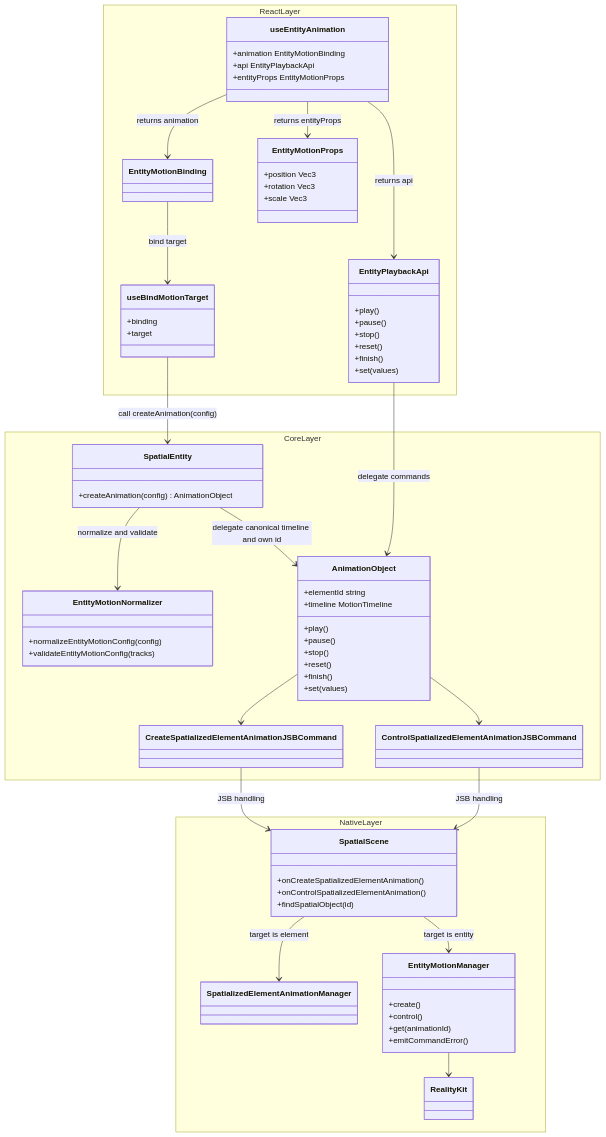
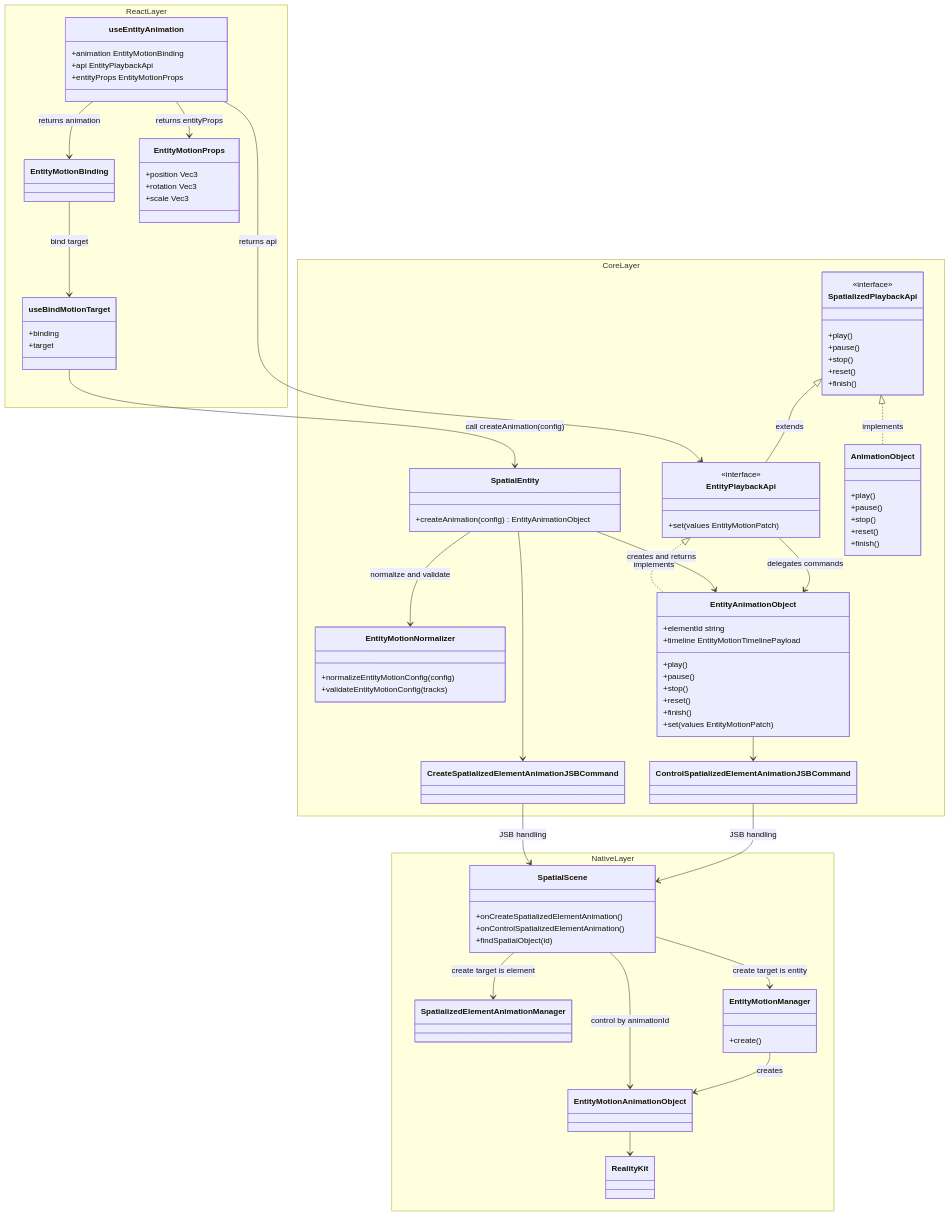
One commit to webspatial/webspatial-sdk changed the second of 14 diagrams in openspec/changes/redesign-entity-motion-api/design.md. Above: the diagram before and after it, drawn with Mermaid. The commit also changed other lines of this file and 1 other file, not shown here.

````diff
--- a/openspec/changes/redesign-entity-motion-api/design.md
+++ b/openspec/changes/redesign-entity-motion-api/design.md
@@ -179,14 +189,6 @@
             +animation EntityMotionBinding
             +api EntityPlaybackApi
             +entityProps EntityMotionProps
-        }
-        class EntityPlaybackApi {
-            +play()
-            +pause()
-            +stop()
-            +reset()
-            +finish()
-            +set(values)
         }
         class EntityMotionBinding
         class EntityMotionProps {
@@ -201,21 +203,40 @@
     }
     namespace CoreLayer {
         class SpatialEntity {
-            +createAnimation(config) AnimationObject
+            +createAnimation(config) EntityAnimationObject
         }
         class EntityMotionNormalizer {
             +normalizeEntityMotionConfig(config)
             +validateEntityMotionConfig(tracks)
         }
-        class AnimationObject {
-            +elementId string
-            +timeline MotionTimeline
+        class SpatializedPlaybackApi {
+            <<interface>>
             +play()
             +pause()
             +stop()
             +reset()
             +finish()
-            +set(values)
+        }
+        class EntityPlaybackApi {
+            <<interface>>
+            +set(values EntityMotionPatch)
+        }
+        class AnimationObject {
+            +play()
+            +pause()
+            +stop()
+            +reset()
+            +finish()
+        }
+        class EntityAnimationObject {
+            +elementId string
+            +timeline EntityMotionTimelinePayload
+            +play()
+            +pause()
+            +stop()
+            +reset()
+            +finish()
+            +set(values EntityMotionPatch)
         }
         class CreateSpatializedElementAnimationJSBCommand
         class ControlSpatializedElementAnimationJSBCommand
@@ -229,10 +250,8 @@
         class SpatializedElementAnimationManager
         class EntityMotionManager {
             +create()
-            +control()
-            +get(animationId)
-            +emitCommandError()
         }
+        class EntityMotionAnimationObject
         class RealityKit
     }
     useEntityAnimation --> EntityMotionBinding : returns animation
@@ -241,13 +260,18 @@
     EntityMotionBinding --> useBindMotionTarget : bind target
     useBindMotionTarget --> SpatialEntity : call createAnimation(config)
     SpatialEntity --> EntityMotionNormalizer : normalize and validate
-    SpatialEntity --> AnimationObject : delegate canonical timeline and own id
-    EntityPlaybackApi --> AnimationObject : delegate commands
-    AnimationObject --> CreateSpatializedElementAnimationJSBCommand
-    AnimationObject --> ControlSpatializedElementAnimationJSBCommand
+    SpatializedPlaybackApi <|-- EntityPlaybackApi : extends
+    SpatializedPlaybackApi <|.. AnimationObject : implements
+    EntityPlaybackApi <|.. EntityAnimationObject : implements
+    SpatialEntity --> EntityAnimationObject : creates and returns
+    EntityPlaybackApi --> EntityAnimationObject : delegates commands
+    SpatialEntity --> CreateSpatializedElementAnimationJSBCommand
+    EntityAnimationObject --> ControlSpatializedElementAnimationJSBCommand
     CreateSpatializedElementAnimationJSBCommand --> SpatialScene : JSB handling
     ControlSpatializedElementAnimationJSBCommand --> SpatialScene : JSB handling
-    SpatialScene --> SpatializedElementAnimationManager : target is element
-    SpatialScene --> EntityMotionManager : target is entity
-    EntityMotionManager --> RealityKit
+    SpatialScene --> SpatializedElementAnimationManager : create target is element
+    SpatialScene --> EntityMotionManager : create target is entity
+    SpatialScene --> EntityMotionAnimationObject : control by animationId
+    EntityMotionManager --> EntityMotionAnimationObject : creates
+    EntityMotionAnimationObject --> RealityKit
 ```
````
